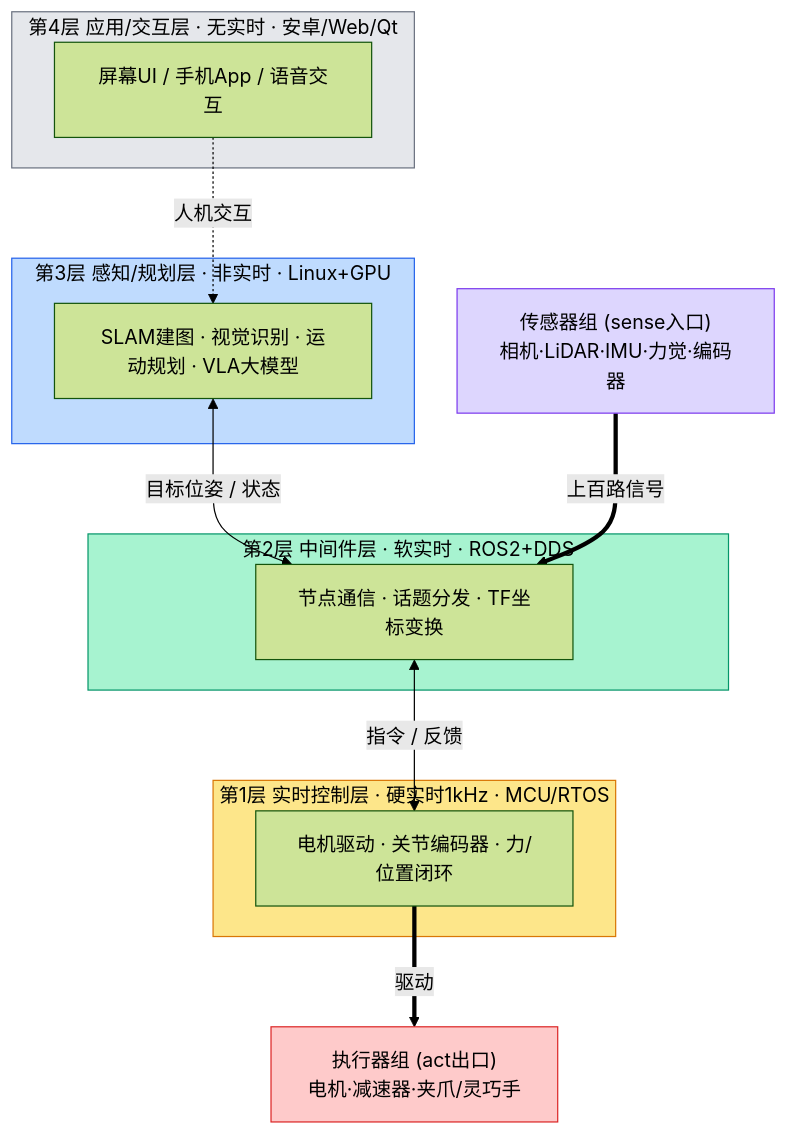
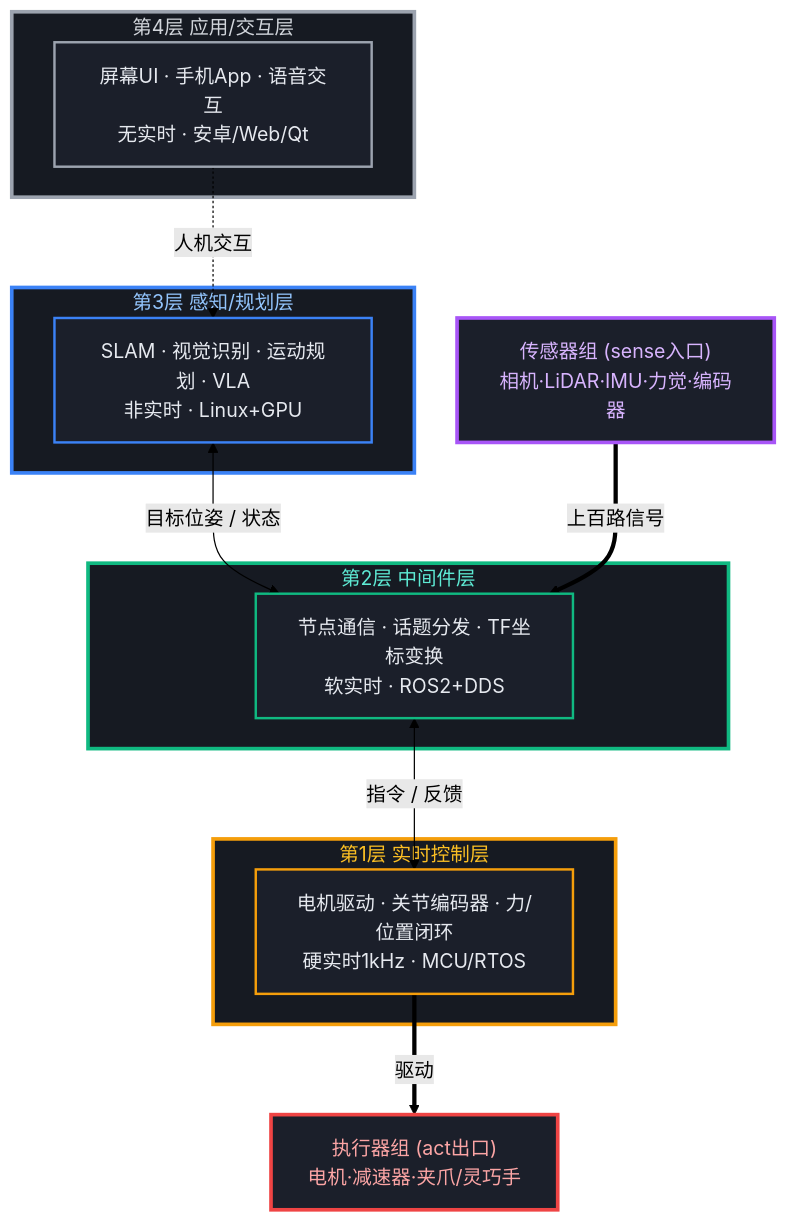
The first of 4 diagrams in 02-机器人系统构造.md (Fengur/robotics-learning), drawn with Mermaid (forest theme) before and after one commit. The commit also changed other lines of this file, not shown here.

Commit message:
02:三张彩图改深底浅字+彩色边框,深浅色模式两边都清晰;subgraph标题缩短防截断

````diff
--- a/02-机器人系统构造.md
+++ b/02-机器人系统构造.md
@@ -23,31 +23,37 @@
 ```mermaid
 flowchart TB
-    subgraph L4["第4层 应用/交互层 · 无实时 · 安卓/Web/Qt"]
-        UI["屏幕UI / 手机App / 语音交互"]
+    subgraph L4["第4层 应用/交互层"]
+        UI["屏幕UI · 手机App · 语音交互<br/>无实时 · 安卓/Web/Qt"]
     end
-    subgraph L3["第3层 感知/规划层 · 非实时 · Linux+GPU"]
-        BRAIN["SLAM建图 · 视觉识别 · 运动规划 · VLA大模型"]
+    subgraph L3["第3层 感知/规划层"]
+        BRAIN["SLAM · 视觉识别 · 运动规划 · VLA<br/>非实时 · Linux+GPU"]
     end
-    subgraph L2["第2层 中间件层 · 软实时 · ROS2+DDS"]
-        MID["节点通信 · 话题分发 · TF坐标变换"]
+    subgraph L2["第2层 中间件层"]
+        MID["节点通信 · 话题分发 · TF坐标变换<br/>软实时 · ROS2+DDS"]
     end
-    subgraph L1["第1层 实时控制层 · 硬实时1kHz · MCU/RTOS"]
-        RT["电机驱动 · 关节编码器 · 力/位置闭环"]
+    subgraph L1["第1层 实时控制层"]
+        RT["电机驱动 · 关节编码器 · 力/位置闭环<br/>硬实时1kHz · MCU/RTOS"]
     end
 
     SENS["传感器组 (sense入口)<br/>相机·LiDAR·IMU·力觉·编码器"]
     ACT["执行器组 (act出口)<br/>电机·减速器·夹爪/灵巧手"]
 
     UI -.人机交互.-> BRAIN
     BRAIN <-->|目标位姿 / 状态| MID
     MID <-->|指令 / 反馈| RT
     SENS ==>|上百路信号| MID
     RT ==>|驱动| ACT
 
-    style L1 fill:#fde68a,stroke:#d97706,color:#000
-    style L2 fill:#a7f3d0,stroke:#059669,color:#000
-    style L3 fill:#bfdbfe,stroke:#2563eb,color:#000
-    style L4 fill:#e5e7eb,stroke:#6b7280,color:#000
-    style SENS fill:#ddd6fe,stroke:#7c3aed,color:#000
-    style ACT fill:#fecaca,stroke:#dc2626,color:#000
+    classDef sub fill:#1b1f2a,stroke-width:2px,color:#e6e9ef;
+    class UI,BRAIN,MID,RT sub;
+    style L1 fill:#161a22,stroke:#f59e0b,stroke-width:3px,color:#fbbf24;
+    style L2 fill:#161a22,stroke:#10b981,stroke-width:3px,color:#5eead4;
+    style L3 fill:#161a22,stroke:#3b82f6,stroke-width:3px,color:#93c5fd;
+    style L4 fill:#161a22,stroke:#9ca3af,stroke-width:3px,color:#d1d5db;
+    style UI stroke:#9ca3af;
+    style BRAIN stroke:#3b82f6;
+    style MID stroke:#10b981;
+    style RT stroke:#f59e0b;
+    style SENS fill:#1b1f2a,stroke:#a855f7,stroke-width:3px,color:#d8b4fe;
+    style ACT fill:#1b1f2a,stroke:#ef4444,stroke-width:3px,color:#fca5a5;
 ```
````
